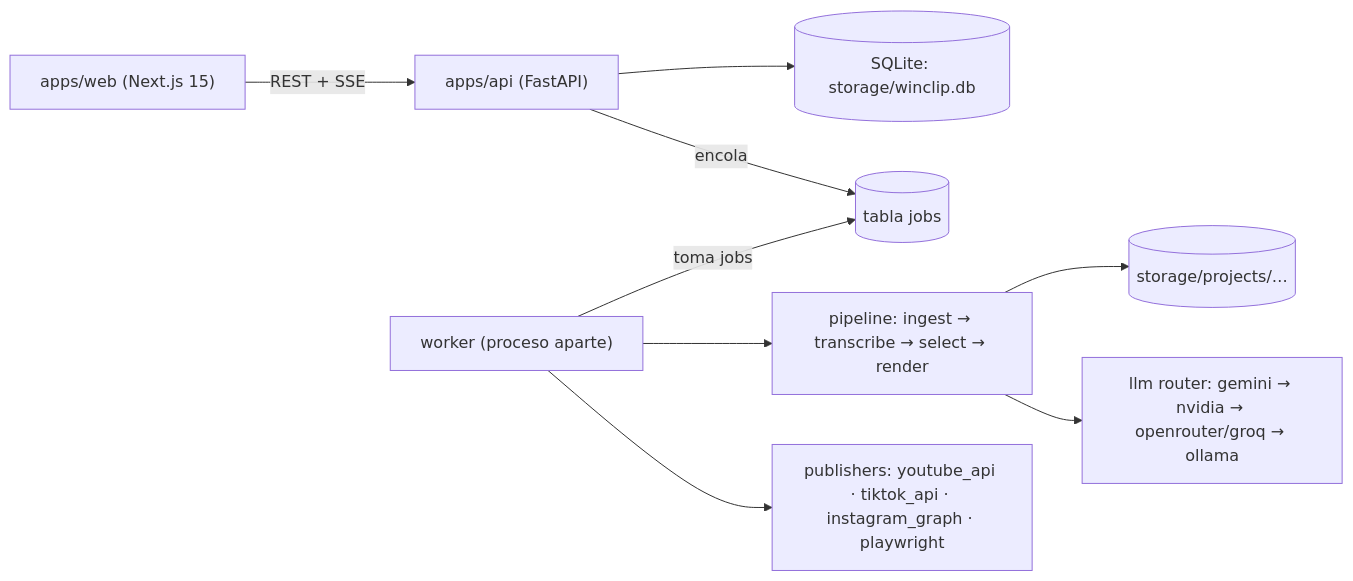
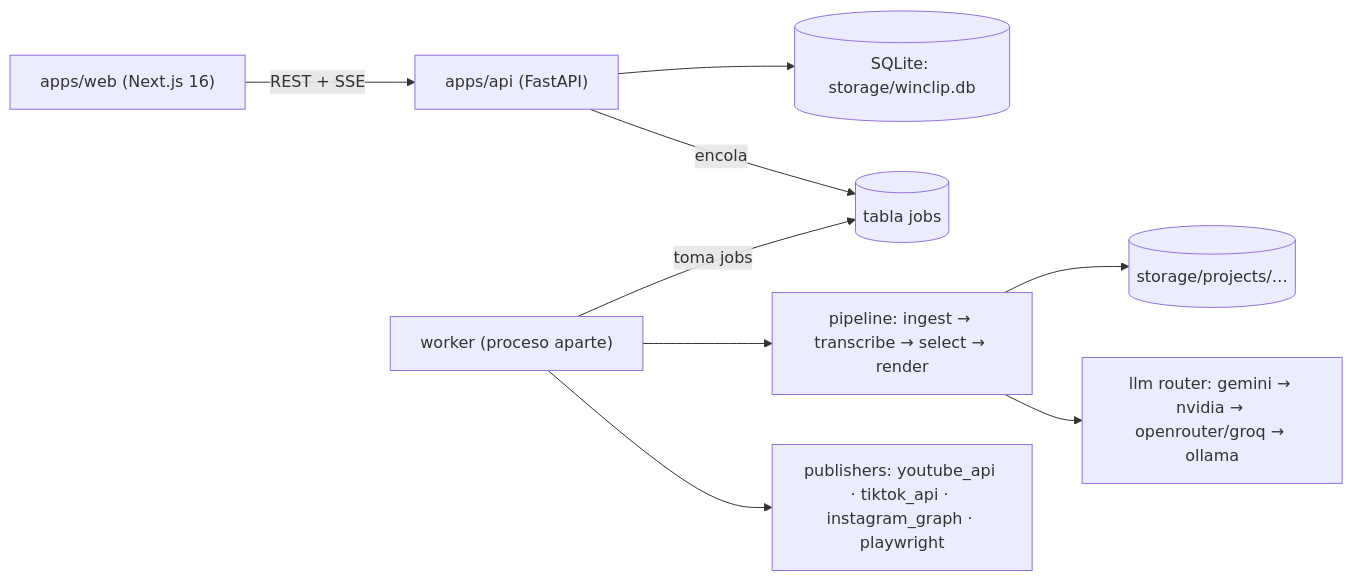
One commit to yohanhs/winclip changed the first of 2 diagrams in docs/architecture.md. Above: the diagram before and after it, drawn with Mermaid. The commit also changed 5 other files, not shown here.

````diff
--- a/docs/architecture.md
+++ b/docs/architecture.md
@@ -8,11 +8,11 @@
 ```mermaid
 flowchart LR
-  WEB["apps/web (Next.js 15)"] -->|REST + SSE| API["apps/api (FastAPI)"]
+  WEB["apps/web (Next.js 16)"] -->|REST + SSE| API["apps/api (FastAPI)"]
   API --> DB[("SQLite: storage/winclip.db")]
   API -->|encola| Q[("tabla jobs")]
   W["worker (proceso aparte)"] -->|toma jobs| Q
   W --> PIPE["pipeline: ingest → transcribe → select → render"]
   W --> PUB["publishers: youtube_api · tiktok_api · instagram_graph · playwright"]
   PIPE --> FS[("storage/projects/…")]
   PIPE --> LLM["llm router: gemini → nvidia → openrouter/groq → ollama"]
 ```
````
